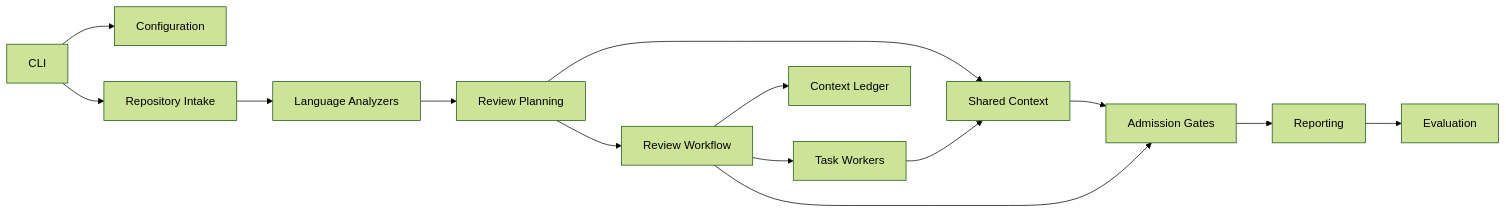
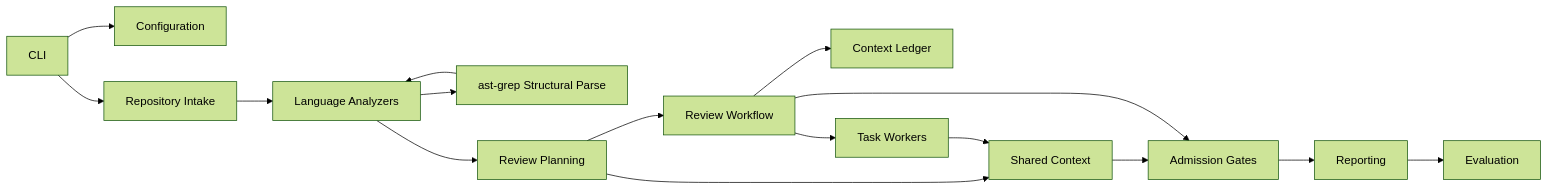
Before and after one commit to sebastianwessel/codereviewer: the diagram in docs/concepts/architecture.md, drawn with Mermaid (forest theme). The commit also changed other lines of this file and 53 other files, not shown here.

````diff
--- a/docs/concepts/architecture.md
+++ b/docs/concepts/architecture.md
@@ -6,29 +6,32 @@
 ```mermaid
 flowchart LR
   CLI["CLI"]
   Config["Configuration"]
   Intake["Repository Intake"]
   Analyzers["Language Analyzers"]
+  AstGrep["ast-grep Structural Parse"]
   Planner["Review Planning"]
   Context["Shared Context"]
   Ledger["Context Ledger"]
   Workflow["Review Workflow"]
   Workers["Task Workers"]
   Admission["Admission Gates"]
   Reporting["Reporting"]
   Eval["Evaluation"]
 
   CLI --> Config
   CLI --> Intake
   Intake --> Analyzers
+  Analyzers --> AstGrep
+  AstGrep --> Analyzers
   Analyzers --> Planner
   Planner --> Context
   Planner --> Workflow
   Workflow --> Ledger
   Workflow --> Workers
   Workers --> Context
   Context --> Admission
   Workflow --> Admission
   Admission --> Reporting
   Reporting --> Eval
 ```
````
